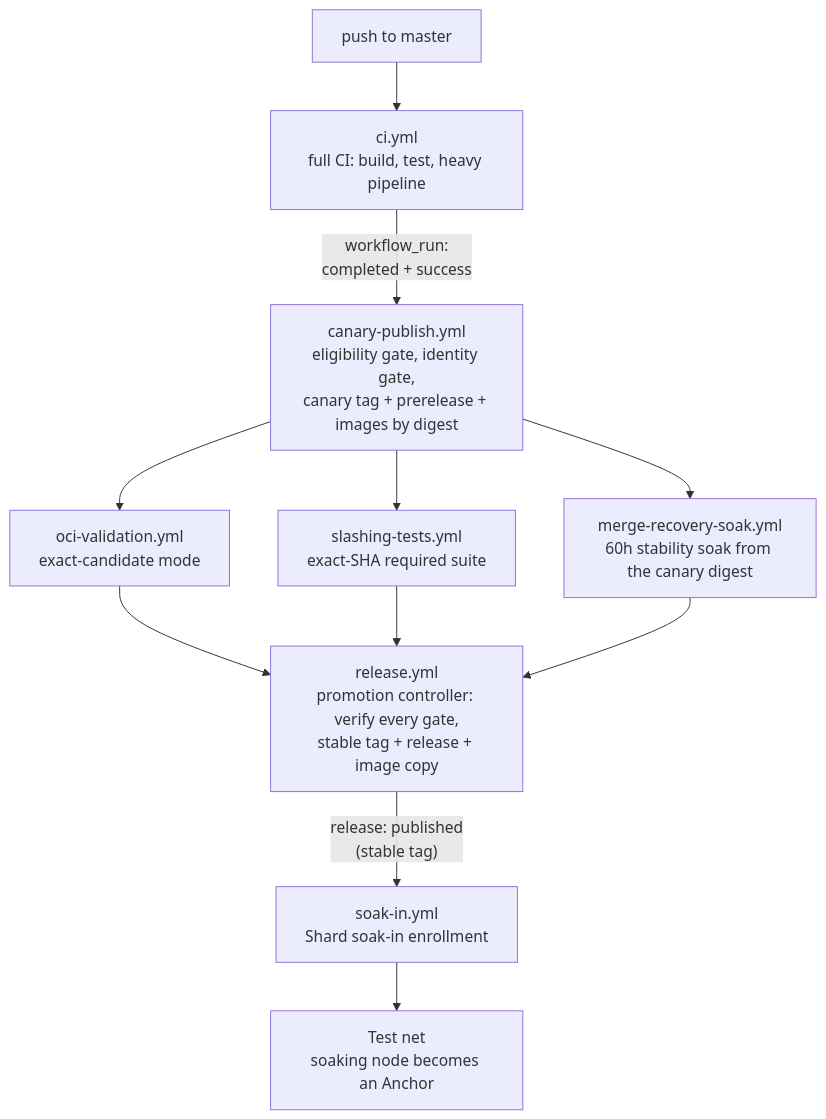
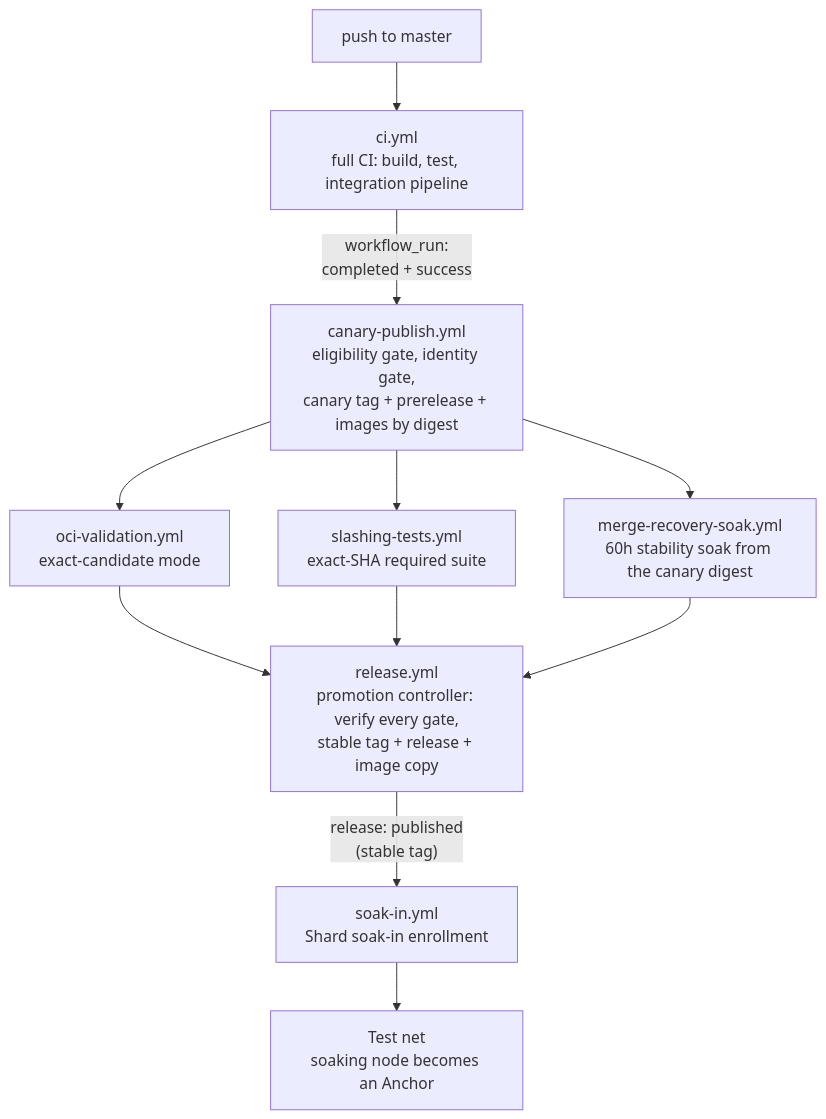
One commit to F1R3FLY-io/f1r3node-rust changed the second of 2 diagrams in docs/release-process.md. Above: the diagram before and after it, drawn with Mermaid. The commit also changed other lines of this file, not shown here.

Commit message:
docs(release): name the integration pipeline and TASK-023-9 in the release process

````diff
--- a/docs/release-process.md
+++ b/docs/release-process.md
@@ -611,13 +611,13 @@
 ```mermaid
 flowchart TD
-    A["push to master"] --> CI["ci.yml<br/>full CI: build, test, heavy pipeline"]
+    A["push to master"] --> CI["ci.yml<br/>full CI: build, test, integration pipeline"]
     CI -- "workflow_run:<br/>completed + success" --> CP["canary-publish.yml<br/>eligibility gate, identity gate,<br/>canary tag + prerelease + images by digest"]
     CP --> G1["oci-validation.yml<br/>exact-candidate mode"]
     CP --> G2["slashing-tests.yml<br/>exact-SHA required suite"]
     CP --> G3["merge-recovery-soak.yml<br/>60h stability soak from the canary digest"]
     G1 --> RP["release.yml<br/>promotion controller: verify every gate,<br/>stable tag + release + image copy"]
     G2 --> RP
     G3 --> RP
     RP -- "release: published<br/>(stable tag)" --> SI["soak-in.yml<br/>Shard soak-in enrollment"]
     SI --> TN["Test net<br/>soaking node becomes an Anchor"]
 ```
````
